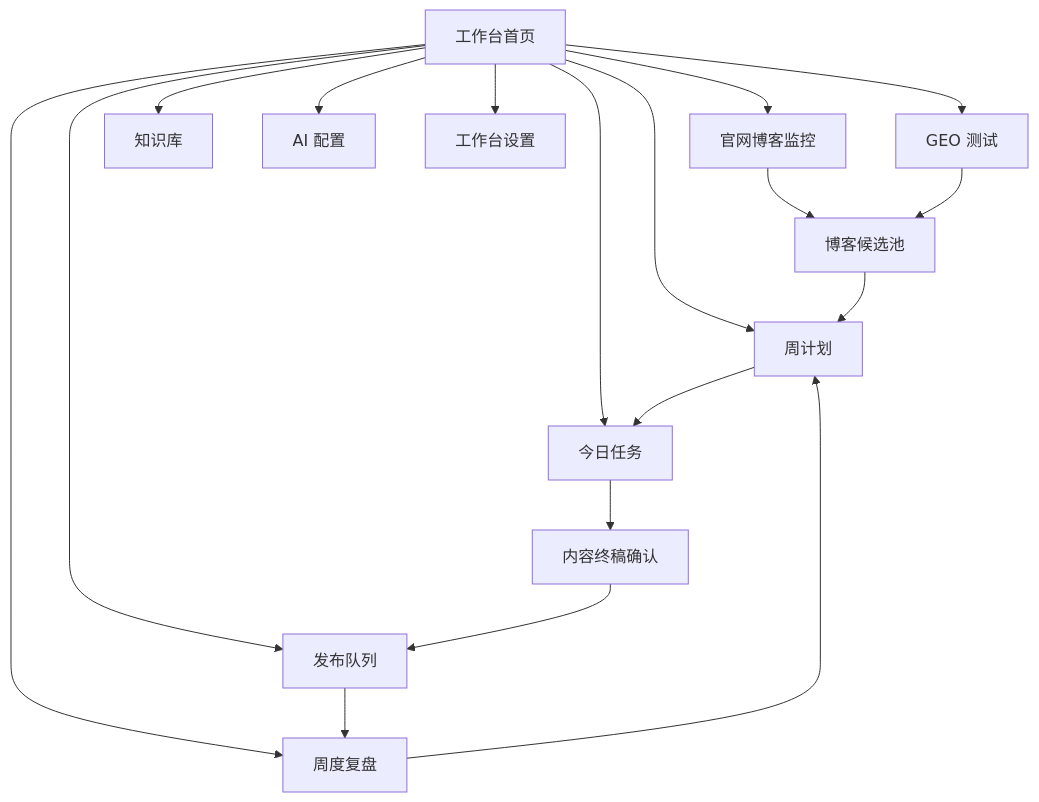
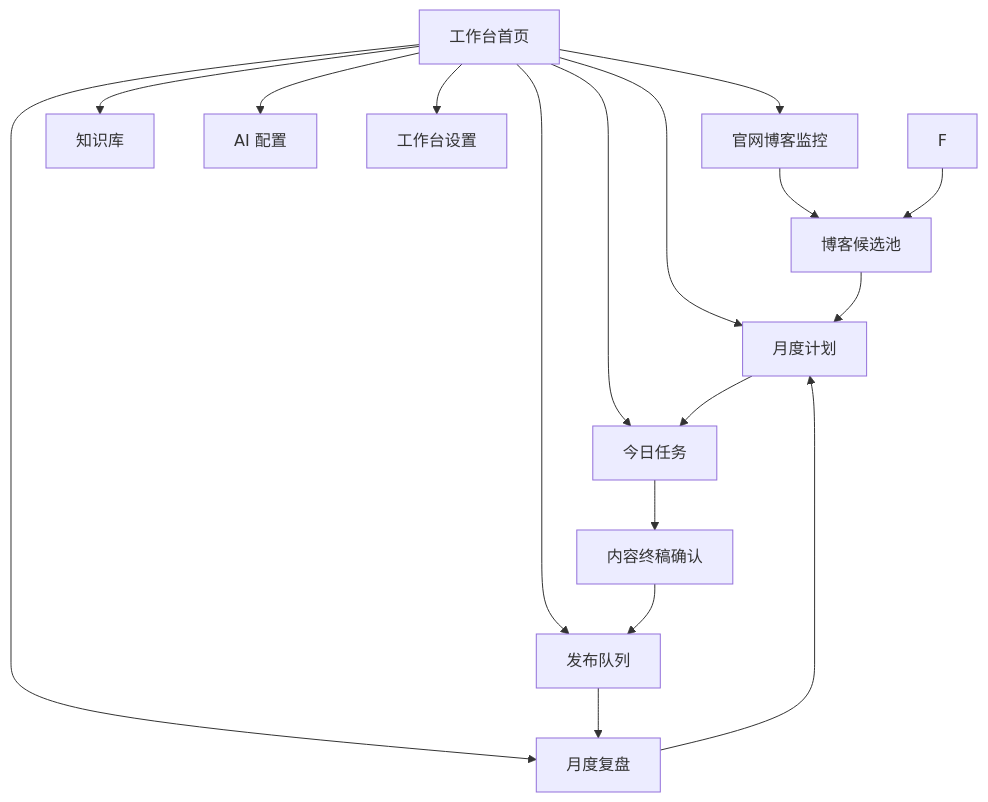
One commit to 1736280642-Star/gtm-content-growth-workbench changed the first of 3 diagrams in design/low-fi-prototype.md. Above: the diagram before and after it, drawn with Mermaid. The commit also changed other lines of this file and 63 other files, not shown here.

````diff
--- a/design/low-fi-prototype.md
+++ b/design/low-fi-prototype.md
@@ -16,21 +15,20 @@
 ```mermaid
 flowchart TD
-    A["工作台首页"] --> B["周计划"]
+    A["工作台首页"] --> B["月度计划"]
     A --> C["今日任务"]
     A --> D["发布队列"]
     A --> E["官网博客监控"]
-    A --> F["GEO 测试"]
-    A --> G["周度复盘"]
+    A --> G["月度复盘"]
     A --> H["知识库"]
     A --> I["AI 配置"]
     A --> J["工作台设置"]
 
     B --> C
     C --> K["内容终稿确认"]
     K --> D
     D --> G
     E --> L["博客候选池"]
     F --> L
     L --> B
     G --> B
 ```
````
